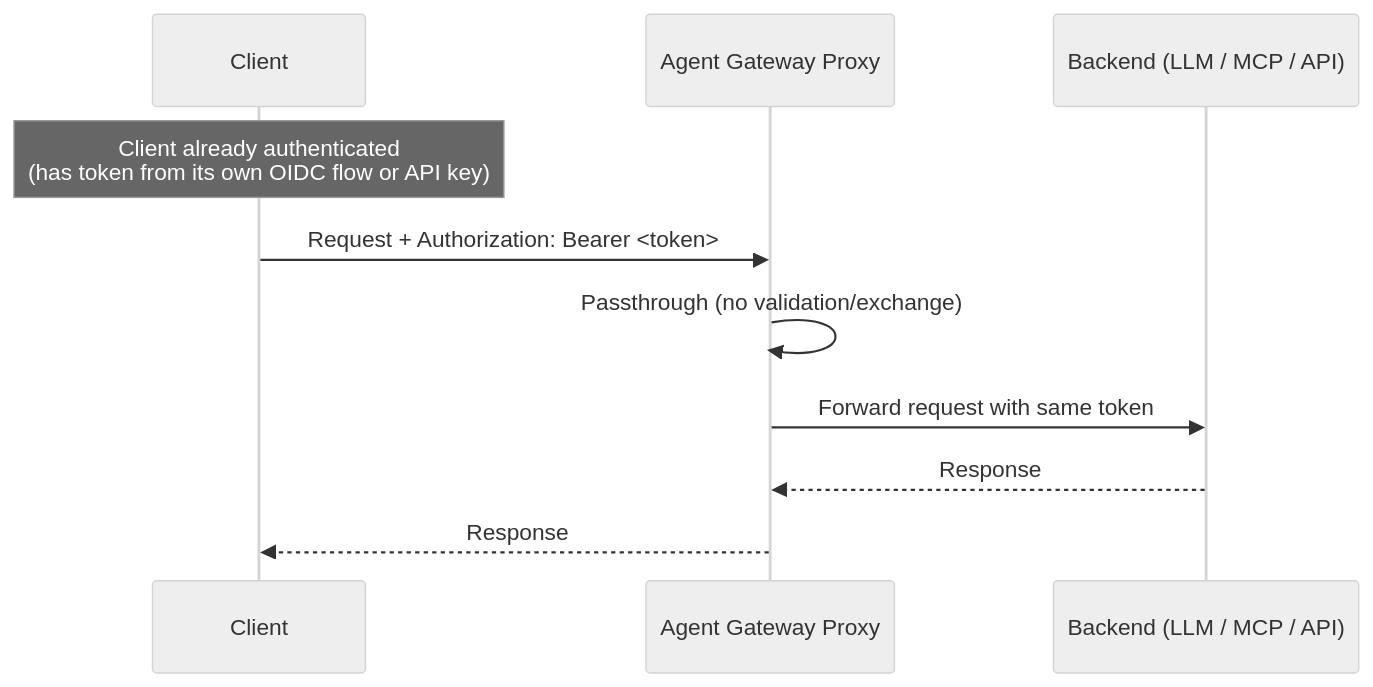
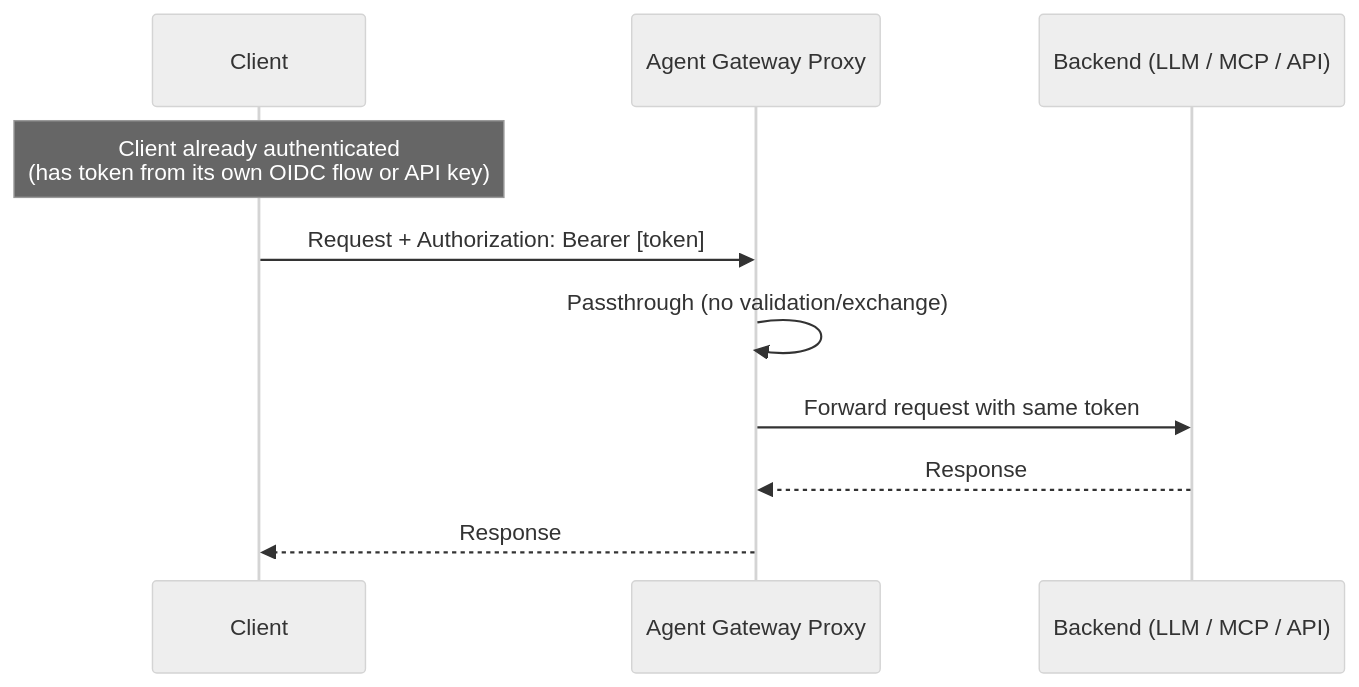
The sixth of 15 diagrams in token-flow-diagrams/agent-gateway-token-flows.md (coryjett/solo-misc-workshops), drawn with Mermaid (neutral theme) before and after one commit. The commit also changed other lines of this file and 1 other file, not shown here.

First line of the commit message:
Fix Mermaid syntax errors: replace angle brackets with square brackets in diagrams

````diff
--- a/token-flow-diagrams/agent-gateway-token-flows.md
+++ b/token-flow-diagrams/agent-gateway-token-flows.md
@@ -172,13 +172,13 @@
 ```mermaid
 sequenceDiagram
     participant Client
     participant AGW as Agent Gateway Proxy
     participant Backend as Backend (LLM / MCP / API)
 
     Note over Client: Client already authenticated<br/>(has token from its own OIDC flow or API key)
-    Client->>AGW: Request + Authorization: Bearer <token>
+    Client->>AGW: Request + Authorization: Bearer [token]
     AGW->>AGW: Passthrough (no validation/exchange)
     AGW->>Backend: Forward request with same token
     Backend-->>AGW: Response
     AGW-->>Client: Response
 ```
````
